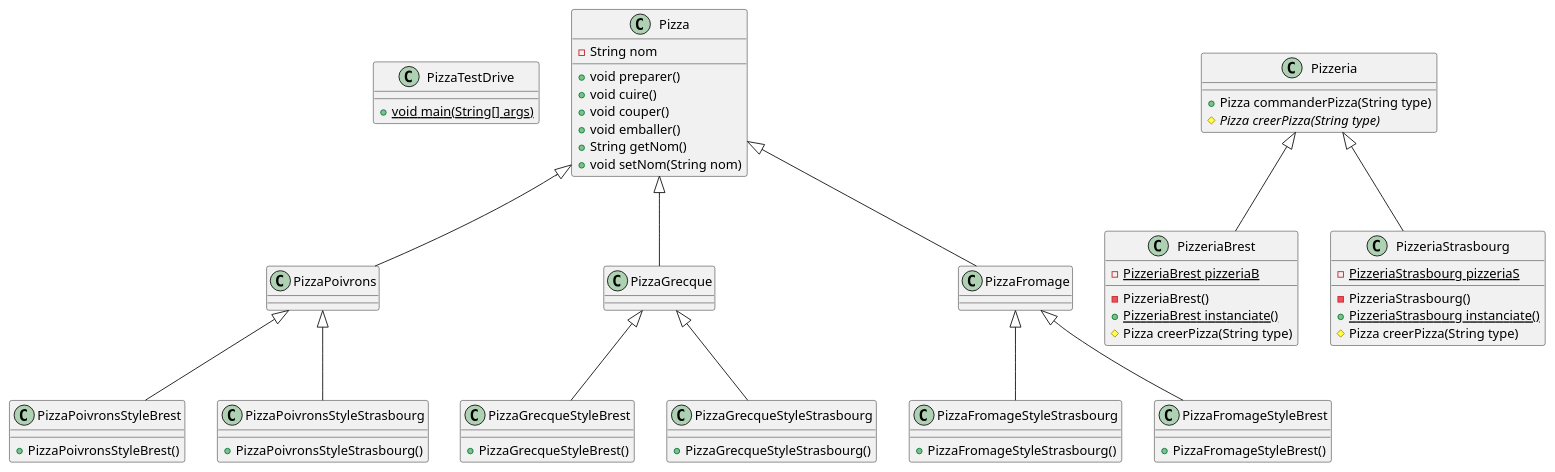
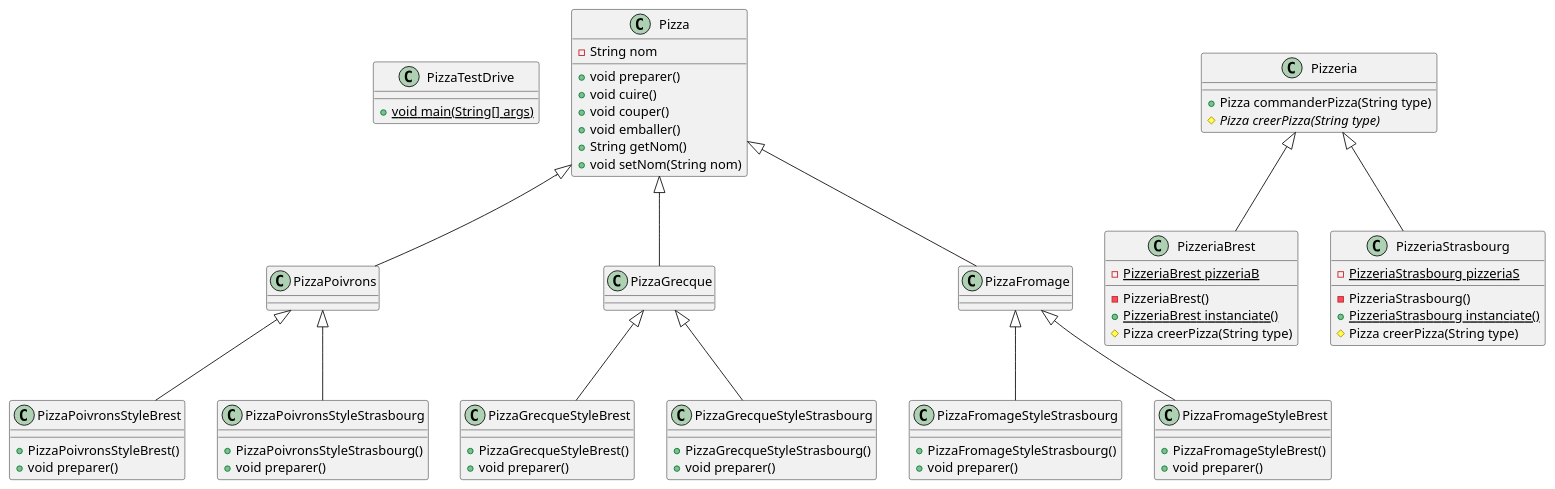
Before and after one commit to IUT-Blagnac/cpoa-tp3-Nouman404: the diagram in doc/TP3.plantuml, drawn with PlantUML.

```diff
--- a/doc/TP3.plantuml
+++ b/doc/TP3.plantuml
@@ -1,87 +1,93 @@
 @startuml
 class PizzaTestDrive [[java:PizzaTestDrive]] {
 	+{static}void main(String[] args)
 }
 class PizzaPoivronsStyleBrest [[java:pizza.PizzaPoivronsStyleBrest]] {
 	+PizzaPoivronsStyleBrest()
+	+void preparer()
 }
 class PizzaPoivrons [[java:pizza.PizzaPoivrons]] {
 }
 PizzaPoivrons <|-- PizzaPoivronsStyleBrest
 class PizzaGrecqueStyleBrest [[java:pizza.PizzaGrecqueStyleBrest]] {
 	+PizzaGrecqueStyleBrest()
+	+void preparer()
 }
 class PizzaGrecque [[java:pizza.PizzaGrecque]] {
 }
 PizzaGrecque <|-- PizzaGrecqueStyleBrest
 class PizzaFromageStyleStrasbourg [[java:pizza.PizzaFromageStyleStrasbourg]] {
 	+PizzaFromageStyleStrasbourg()
+	+void preparer()
 }
 class PizzaFromage [[java:pizza.PizzaFromage]] {
 }
 PizzaFromage <|-- PizzaFromageStyleStrasbourg
 class PizzaGrecqueStyleStrasbourg [[java:pizza.PizzaGrecqueStyleStrasbourg]] {
 	+PizzaGrecqueStyleStrasbourg()
+	+void preparer()
 }
 class PizzaGrecque [[java:pizza.PizzaGrecque]] {
 }
 PizzaGrecque <|-- PizzaGrecqueStyleStrasbourg
 class PizzaPoivronsStyleStrasbourg [[java:pizza.PizzaPoivronsStyleStrasbourg]] {
 	+PizzaPoivronsStyleStrasbourg()
+	+void preparer()
 }
 class PizzaPoivrons [[java:pizza.PizzaPoivrons]] {
 }
 PizzaPoivrons <|-- PizzaPoivronsStyleStrasbourg
 class PizzaFromageStyleBrest [[java:pizza.PizzaFromageStyleBrest]] {
 	+PizzaFromageStyleBrest()
+	+void preparer()
 }
 class PizzaFromage [[java:pizza.PizzaFromage]] {
 }
 PizzaFromage <|-- PizzaFromageStyleBrest
 class PizzaPoivrons [[java:pizza.PizzaPoivrons]] {
 }
 class Pizza [[java:pizza.Pizza]] {
 }
 Pizza <|-- PizzaPoivrons
 class PizzaGrecque [[java:pizza.PizzaGrecque]] {
 }
 class Pizza [[java:pizza.Pizza]] {
 }
 Pizza <|-- PizzaGrecque
 abstract class Pizza [[java:pizza.Pizza]] {
 	-String nom
 	+void preparer()
 	+void cuire()
 	+void couper()
 	+void emballer()
 	+String getNom()
 	+void setNom(String nom)
 }
 class PizzaFromage [[java:pizza.PizzaFromage]] {
 }
 class Pizza [[java:pizza.Pizza]] {
 }
 Pizza <|-- PizzaFromage
 abstract class Pizzeria [[java:Pizzeria.Pizzeria]] {
 	+Pizza commanderPizza(String type)
 	#{abstract}Pizza creerPizza(String type)
 }
 class PizzeriaBrest [[java:Pizzeria.PizzeriaBrest]] {
 	-{static}PizzeriaBrest pizzeriaB
 	-PizzeriaBrest()
 	+{static}PizzeriaBrest instanciate()
 	#Pizza creerPizza(String type)
 }
 class Pizzeria [[java:Pizzeria.Pizzeria]] {
 }
 Pizzeria <|-- PizzeriaBrest
 class PizzeriaStrasbourg [[java:Pizzeria.PizzeriaStrasbourg]] {
 	-{static}PizzeriaStrasbourg pizzeriaS
 	-PizzeriaStrasbourg()
 	+{static}PizzeriaStrasbourg instanciate()
 	#Pizza creerPizza(String type)
 }
 class Pizzeria [[java:Pizzeria.Pizzeria]] {
 }
 Pizzeria <|-- PizzeriaStrasbourg
 @enduml
```
